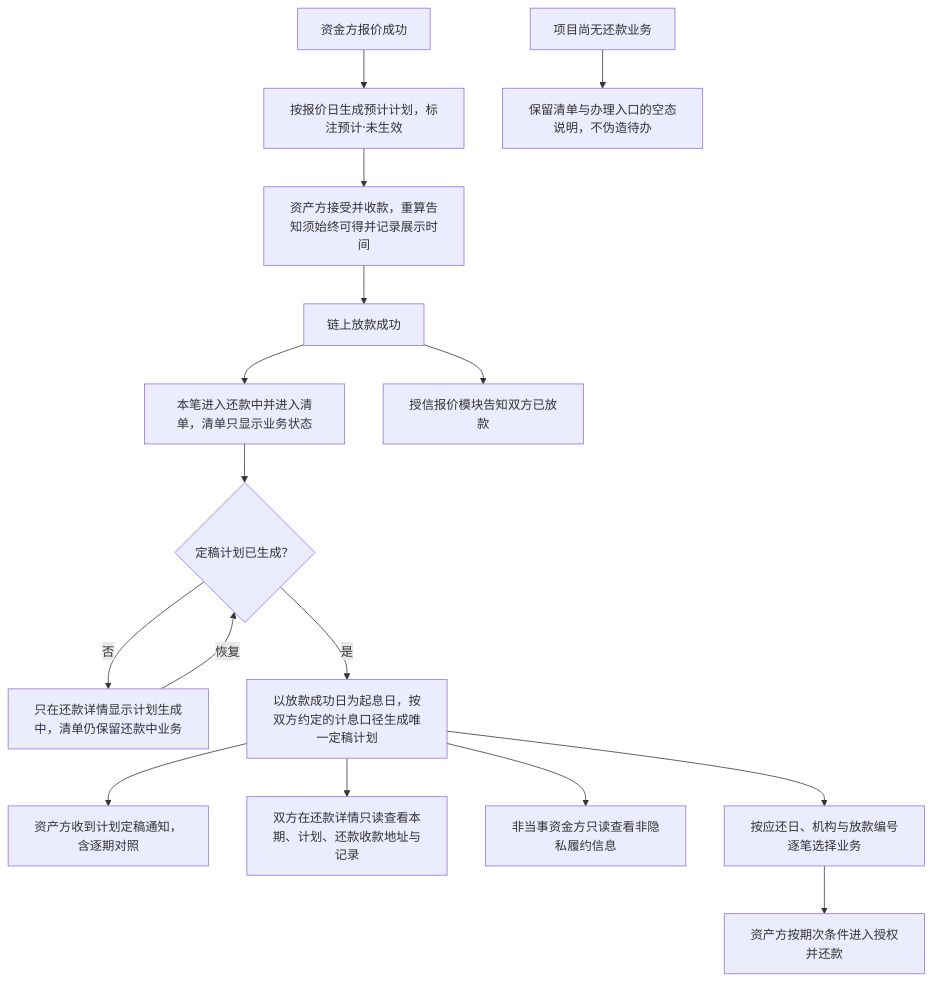
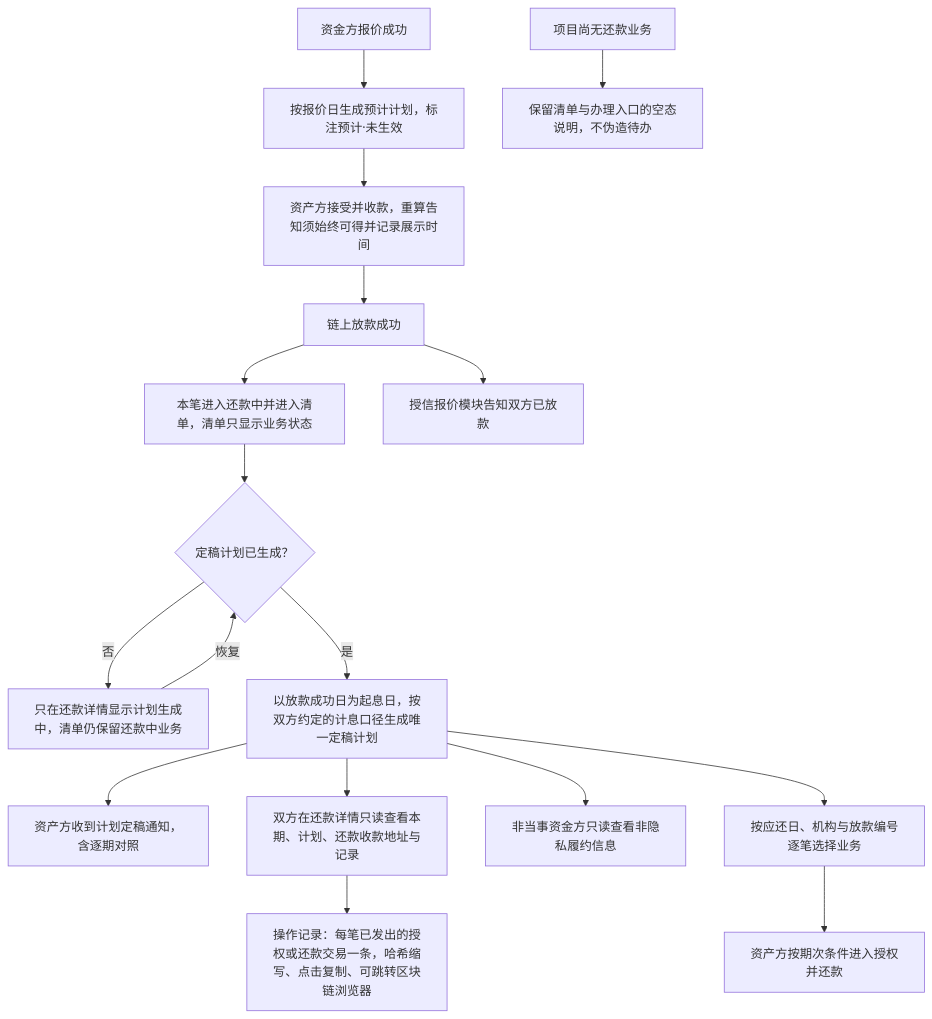
The first of 5 diagrams in lending-platform/PRD/面客端/08-借贷广场-链上还款/02-链上还款-流程图与状态机.md (wxblockchain/Chain-Financing), drawn with Mermaid before and after one commit. The commit also changed other lines of this file and 3 other files, not shown here.

````diff
--- a/lending-platform/PRD/面客端/08-借贷广场-链上还款/02-链上还款-流程图与状态机.md
+++ b/lending-platform/PRD/面客端/08-借贷广场-链上还款/02-链上还款-流程图与状态机.md
@@ -21,18 +21,19 @@
 ```mermaid
 flowchart TD
   A[资金方报价成功] --> B[按报价日生成预计计划，标注预计·未生效]
   B --> C[资产方接受并收款，重算告知须始终可得并记录展示时间]
   C --> D[链上放款成功]
   D --> E[本笔进入还款中并进入清单，清单只显示业务状态]
   D --> N[授信报价模块告知双方已放款]
   E --> F{定稿计划已生成？}
   F -->|否| G[只在还款详情显示计划生成中，清单仍保留还款中业务]
   G -->|恢复| F
   F -->|是| H[以放款成功日为起息日，按双方约定的计息口径生成唯一定稿计划]
   H --> I[资产方收到计划定稿通知，含逐期对照]
   H --> J[双方在还款详情只读查看本期、计划、还款收款地址与记录]
+  J --> W[操作记录：每笔已发出的授权或还款交易一条，哈希缩写、点击复制、可跳转区块链浏览器]
   H --> V[非当事资金方只读查看非隐私履约信息]
   H --> K[按应还日、机构与放款编号逐笔选择业务]
   K --> L[资产方按期次条件进入授权并还款]
   P[项目尚无还款业务] --> Q[保留清单与办理入口的空态说明，不伪造待办]
 ```
````
